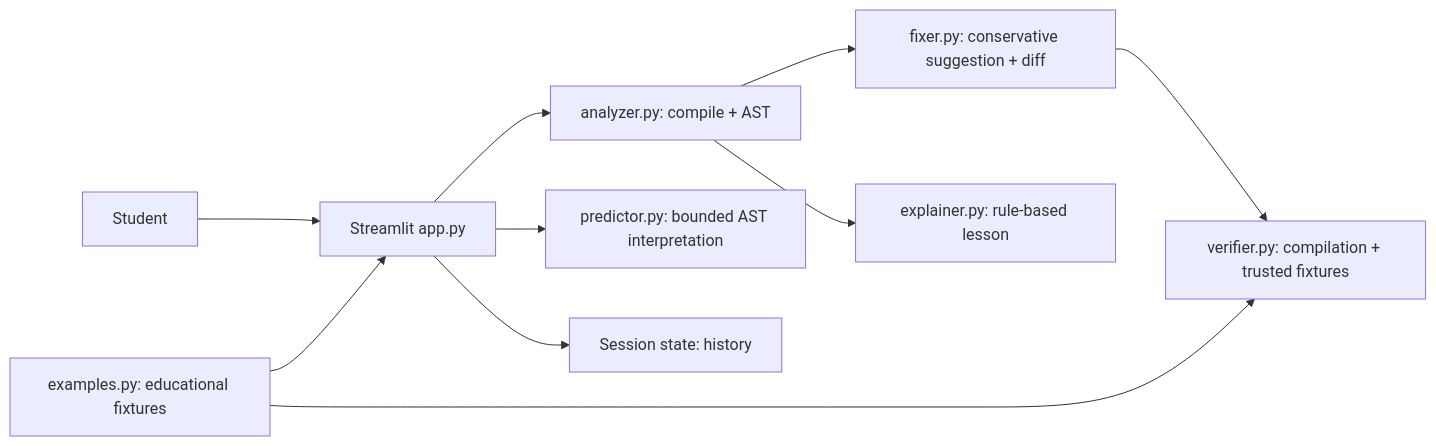
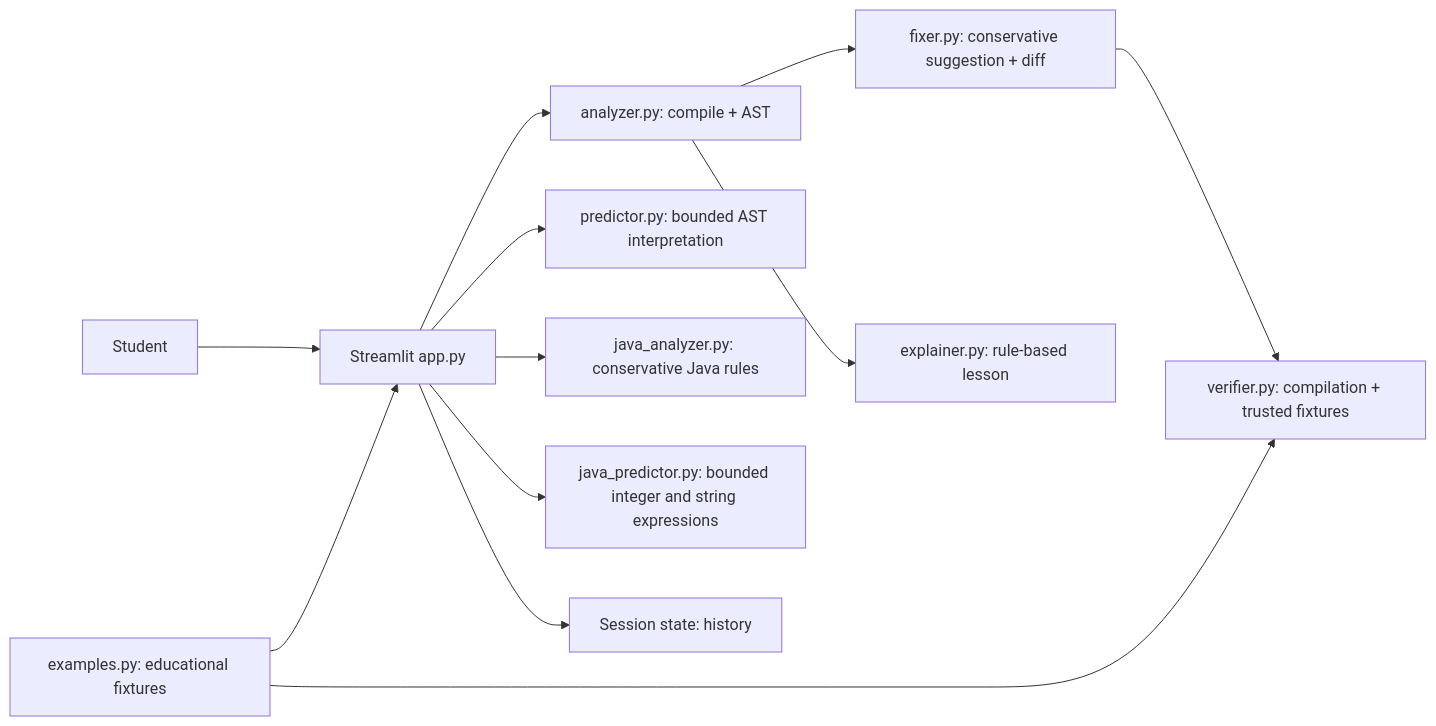
One commit to yogeshprofessional4518-ai/bugwise-ai changed the diagram in README.md. Above: the diagram before and after it, drawn with Mermaid. The commit also changed other lines of this file and 8 other files, not shown here.

````diff
--- a/README.md
+++ b/README.md
@@ -37,12 +38,14 @@
 ```mermaid
 flowchart LR
     U[Student] --> UI[Streamlit app.py]
     UI --> A[analyzer.py: compile + AST]
     UI --> P[predictor.py: bounded AST interpretation]
+    UI --> J[java_analyzer.py: conservative Java rules]
+    UI --> JP[java_predictor.py: bounded integer and string expressions]
     A --> F[fixer.py: conservative suggestion + diff]
     A --> E[explainer.py: rule-based lesson]
     F --> V[verifier.py: compilation + trusted fixtures]
     X[examples.py: educational fixtures] --> UI
     X --> V
     UI --> H[Session state: history]
 ```
````
